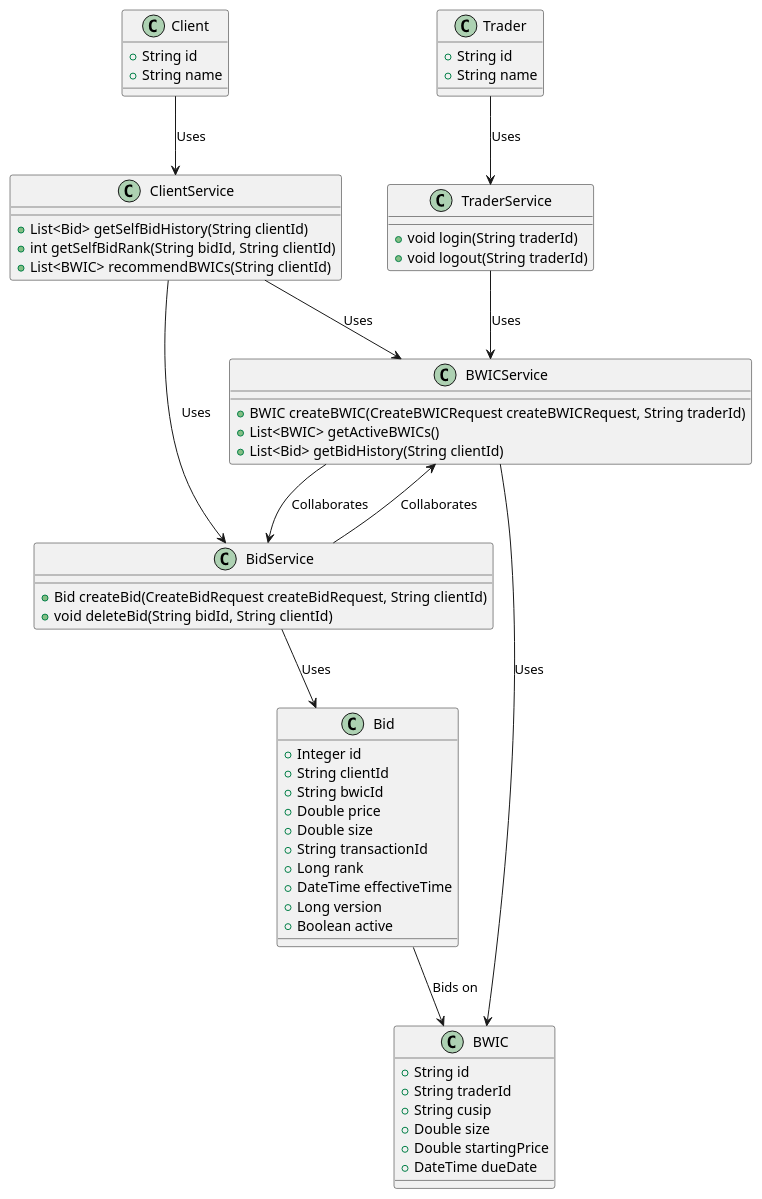
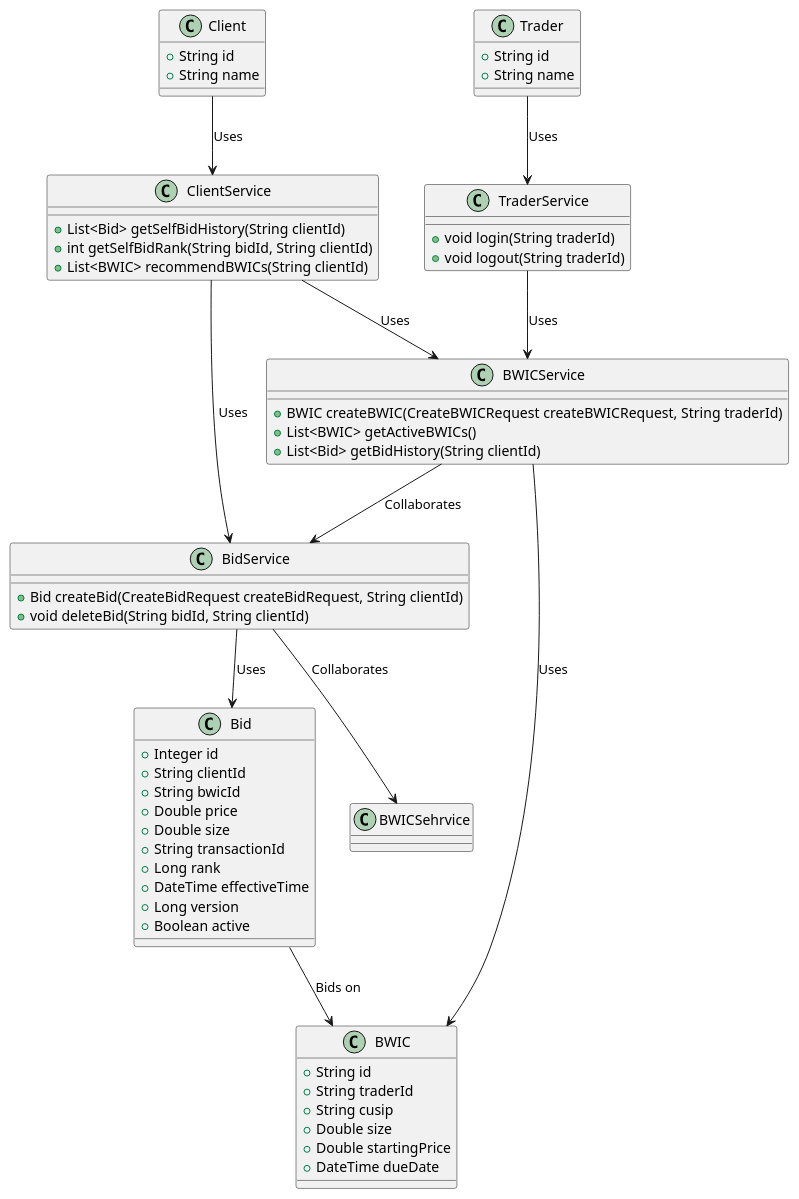
One commit to Zzz212zzZ/ebidding changed the diagram in diagram.wsd. Above: the diagram before and after it, drawn with PlantUML.

Commit message:
回溯，重新提交wsd

```diff
--- a/diagram.wsd
+++ b/diagram.wsd
@@ -1,67 +1,67 @@
 @startuml
 Class Bid {
   +Integer id
   +String clientId
   +String bwicId
   +Double price
   +Double size
   +String transactionId
   +Long rank
   +DateTime effectiveTime
   +Long version
   +Boolean active
 }
 
 Class BWIC {
   +String id
   +String traderId
   +String cusip
   +Double size
   +Double startingPrice
   +DateTime dueDate
 }
 
 Class BidService {
   +Bid createBid(CreateBidRequest createBidRequest, String clientId)
   +void deleteBid(String bidId, String clientId)
 }
 
 Class BWICService {
   +BWIC createBWIC(CreateBWICRequest createBWICRequest, String traderId)
   +List<BWIC> getActiveBWICs()
   +List<Bid> getBidHistory(String clientId)
 }
 
 Class Client {
   +String id
   +String name
 }
 
 Class Trader {
   +String id
   +String name
 }
 
 Class ClientService {
   +List<Bid> getSelfBidHistory(String clientId)
   +int getSelfBidRank(String bidId, String clientId)
   +List<BWIC> recommendBWICs(String clientId)
 }
 
 Class TraderService {
   +void login(String traderId)
   +void logout(String traderId)
 }
 
 BidService --> Bid : Uses
 BWICService --> BWIC : Uses
-BidService --> BWICService : Collaborates
+BidService --> BWICSehrvice : Collaborates
 BWICService --> BidService : Collaborates
 Bid --> BWIC : Bids on
 Client --> ClientService : Uses
 Trader --> TraderService : Uses
 ClientService --> BidService : Uses
 ClientService --> BWICService : Uses
 TraderService --> BWICService : Uses
 
 @enduml
```
